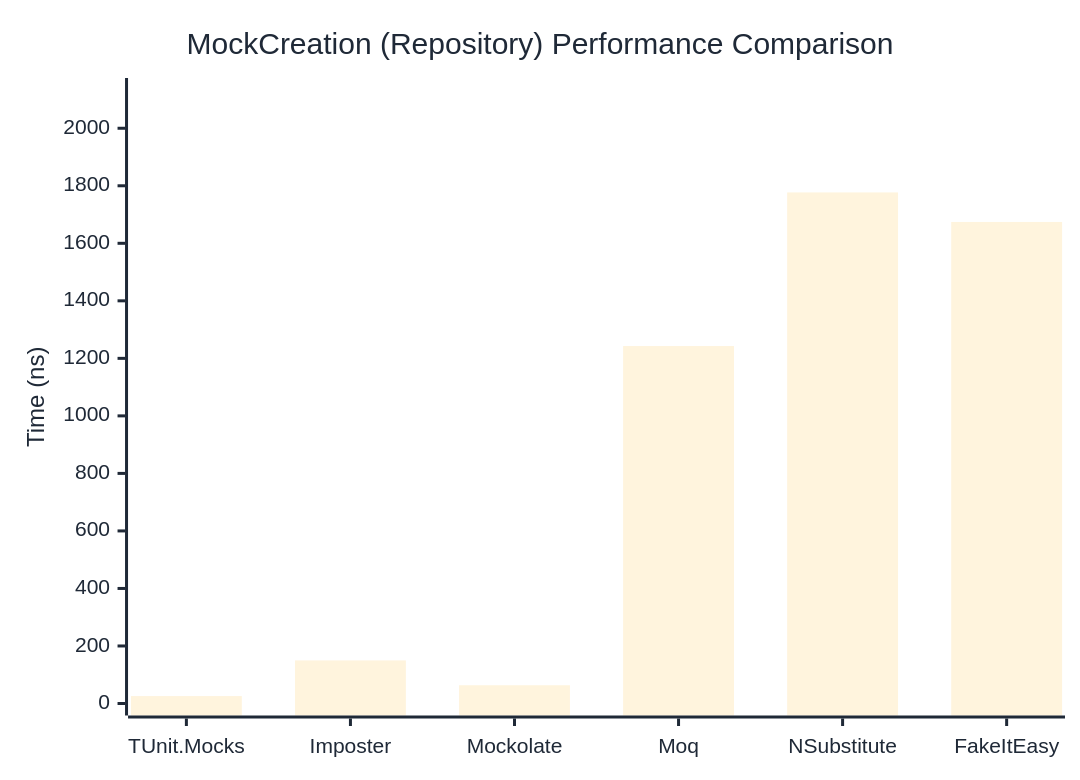
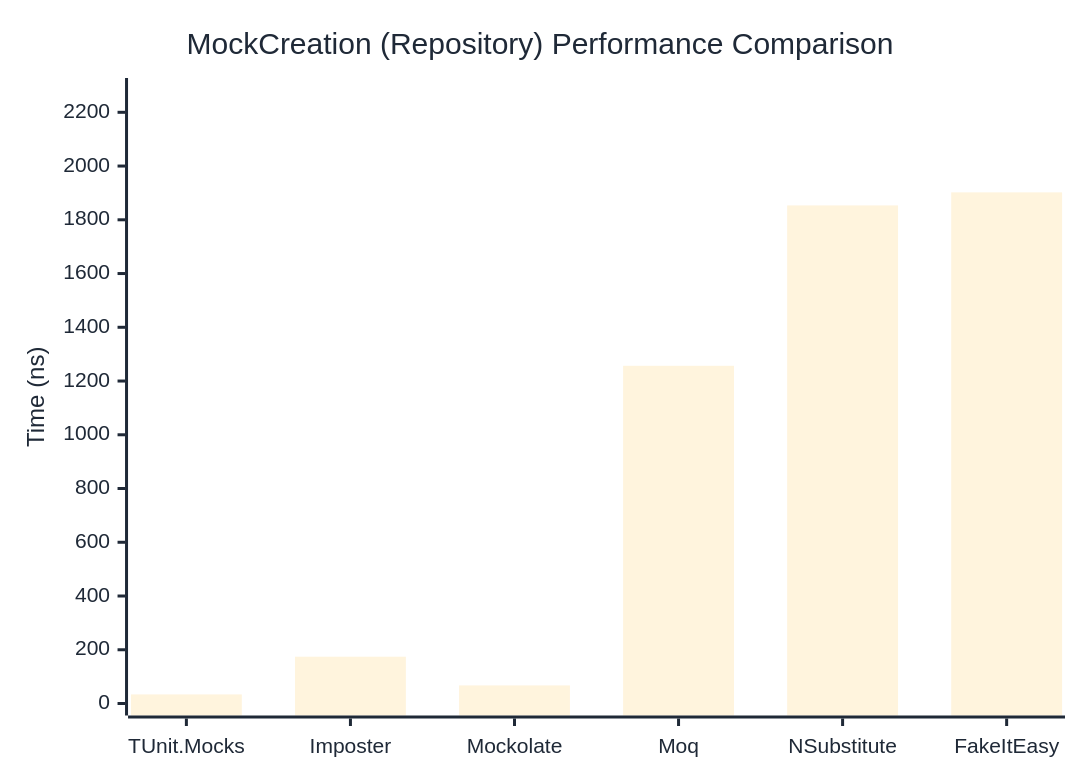
The second of 2 diagrams in docs/docs/benchmarks/mocks/MockCreation.md (thomhurst/TUnit), drawn with Mermaid before and after one commit. The commit also changed other lines of this file and 14 other files, not shown here.

````diff
--- a/docs/docs/benchmarks/mocks/MockCreation.md
+++ b/docs/docs/benchmarks/mocks/MockCreation.md
@@ -71,27 +71,27 @@
 ```mermaid
 %%{init: {
   'theme':'base',
   'themeVariables': {
     'primaryColor': '#2563eb',
     'primaryTextColor': '#1f2937',
     'primaryBorderColor': '#1e40af',
     'lineColor': '#6b7280',
     'secondaryColor': '#7c3aed',
     'tertiaryColor': '#dc2626',
     'background': '#ffffff',
     'pie1': '#2563eb',
     'pie2': '#7c3aed',
     'pie3': '#dc2626',
     'pie4': '#f59e0b',
     'pie5': '#10b981',
     'pie6': '#06b6d4',
     'pie7': '#ec4899',
     'pie8': '#6366f1'
   }
 }}%%
 xychart-beta
   title "MockCreation (Repository) Performance Comparison"
   x-axis ["TUnit.Mocks", "Imposter", "Mockolate", "Moq", "NSubstitute", "FakeItEasy"]
-  y-axis "Time (ns)" 0 --> 2133
-  bar [25.78, 149.81, 63.44, 1242.78, 1776.87, 1674.16]
+  y-axis "Time (ns)" 0 --> 2283
+  bar [33.79, 174.11, 67.32, 1256.75, 1853.52, 1902.13]
 ```
````
